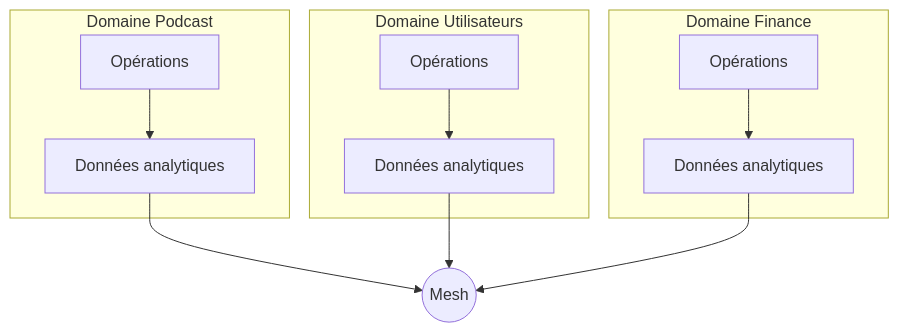
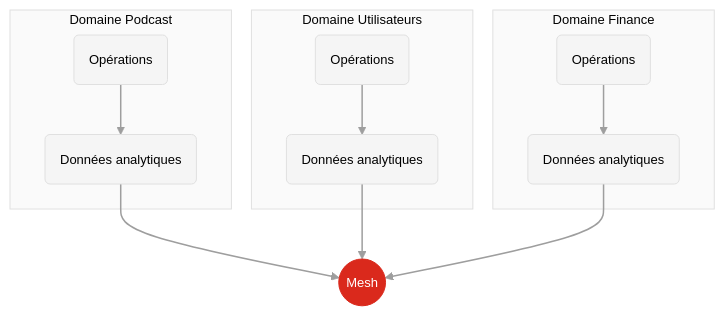
Before and after one commit to MediaComem/comem-infradon: the second of 5 diagrams in cours/09-architectures-modernes.md, drawn with Mermaid. The commit also changed other lines of this file and 1 other file, not shown here.

Commit message:
change style of diagrams

````diff
--- a/cours/09-architectures-modernes.md
+++ b/cours/09-architectures-modernes.md
@@ -149,15 +152,20 @@
 ```mermaid {scale: 0.55}
+%%{init: {'theme': 'base', 'themeVariables': {'primaryColor': '#f5f5f5', 'primaryTextColor': '#000', 'primaryBorderColor': '#e0e0e0', 'lineColor': '#9e9e9e', 'fontFamily': 'Roboto', 'fontSize': '13px', 'clusterBkg': '#fafafa', 'clusterBorder': '#e0e0e0'}}}%%
 graph TB
     subgraph "Domaine Podcast"
-        A[Opérations] --> B[Données analytiques]
+        A(Opérations) --> B(Données analytiques)
     end
     subgraph "Domaine Utilisateurs"
-        C[Opérations] --> D[Données analytiques]
+        C(Opérations) --> D(Données analytiques)
     end
     subgraph "Domaine Finance"
-        E[Opérations] --> F[Données analytiques]
+        E(Opérations) --> F(Données analytiques)
     end
     B --> G((Mesh))
     D --> G
     F --> G
+
+    style G fill:#DA291C,stroke:#DA291C,color:#fff
+
+    linkStyle default stroke:#9e9e9e,stroke-width:1.5px
 ```
````
